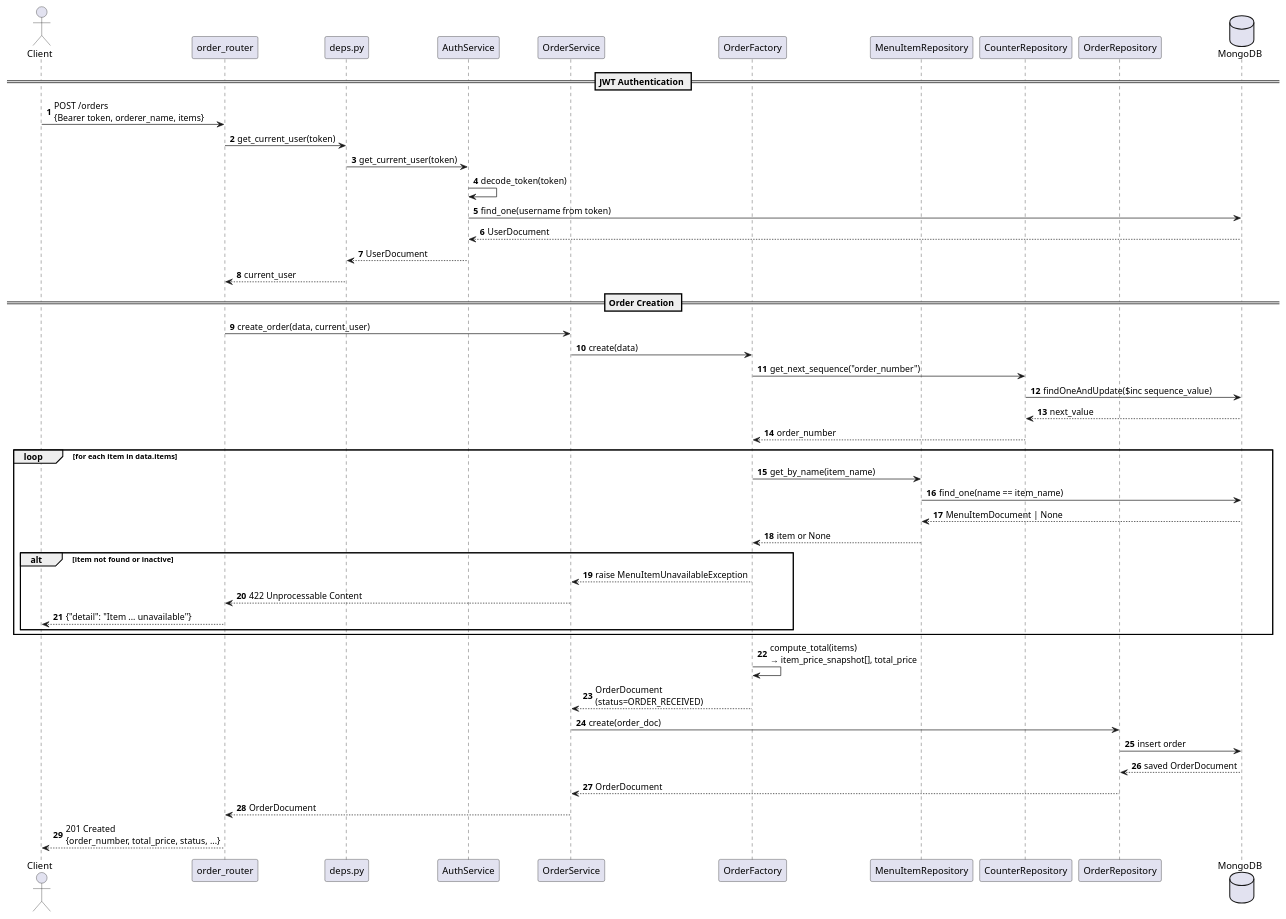
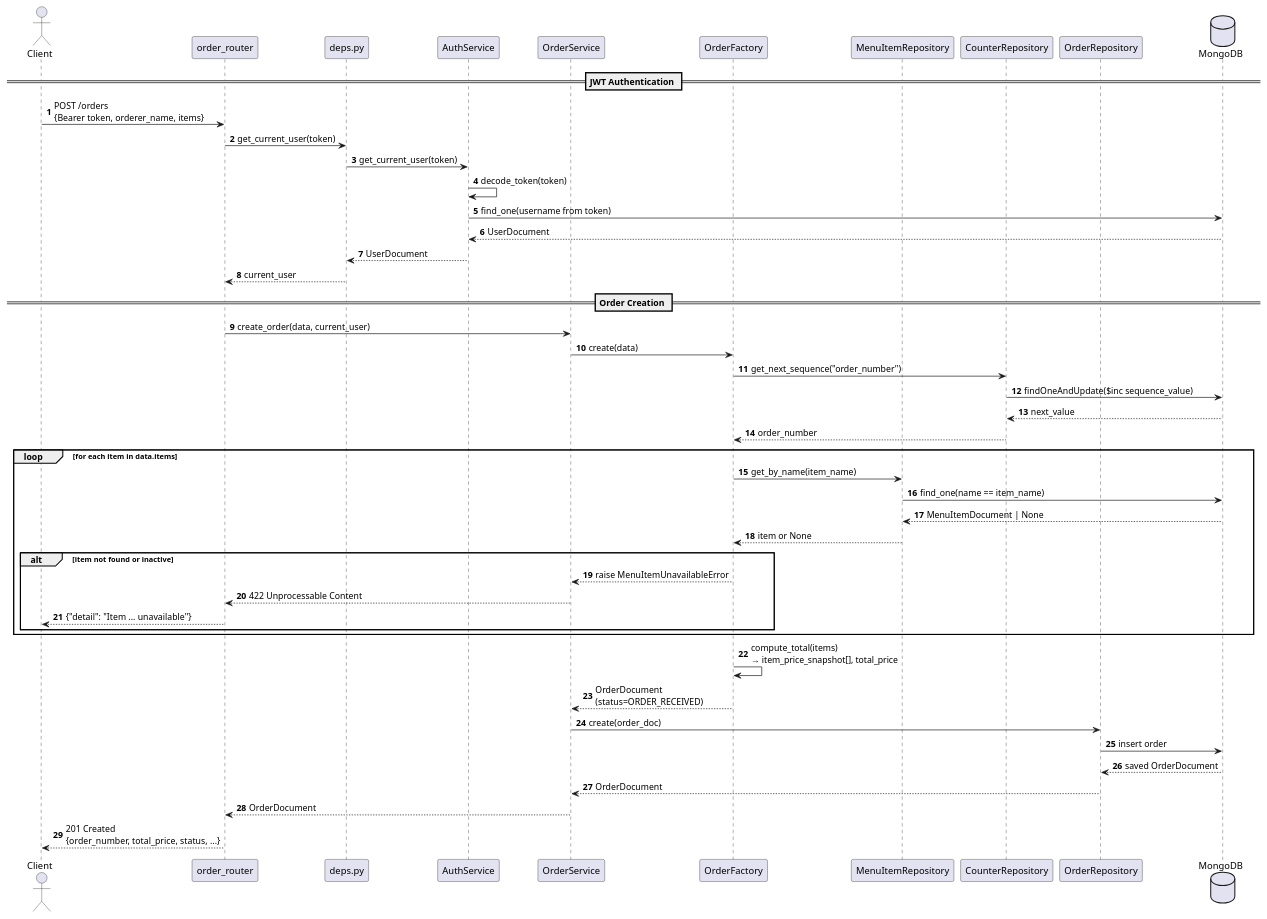
Before and after one commit to Picard1203/Crusty-Crab: the diagram in design_diagrams/pumls/order_sequence.puml, drawn with PlantUML. The commit also changed 39 other files, not shown here.

Commit message:
apply supervisor feedback: unroll if/else, consolidate order schemas, rename exceptions to Error suffix, add path property, strip enum docstring Attributes

```diff
--- a/design_diagrams/pumls/order_sequence.puml
+++ b/design_diagrams/pumls/order_sequence.puml
@@ -1,57 +1,57 @@
 @startuml Krusty Crab - Order Creation Sequence
 
 autonumber
 
 actor Client
 participant "order_router" as Router
 participant "deps.py" as Deps
 participant "AuthService" as Auth
 participant "OrderService" as Service
 participant "OrderFactory" as Factory
 participant "MenuItemRepository" as MenuRepo
 participant "CounterRepository" as Counter
 participant "OrderRepository" as OrderRepo
 database "MongoDB" as DB
 
 == JWT Authentication ==
 
 Client -> Router: POST /orders\n{Bearer token, orderer_name, items}
 Router -> Deps: get_current_user(token)
 Deps -> Auth: get_current_user(token)
 Auth -> Auth: decode_token(token)
 Auth -> DB: find_one(username from token)
 DB --> Auth: UserDocument
 Auth --> Deps: UserDocument
 Deps --> Router: current_user
 
 == Order Creation ==
 
 Router -> Service: create_order(data, current_user)
 Service -> Factory: create(data)
 Factory -> Counter: get_next_sequence("order_number")
 Counter -> DB: findOneAndUpdate($inc sequence_value)
 DB --> Counter: next_value
 Counter --> Factory: order_number
 
 loop for each item in data.items
     Factory -> MenuRepo: get_by_name(item_name)
     MenuRepo -> DB: find_one(name == item_name)
     DB --> MenuRepo: MenuItemDocument | None
     MenuRepo --> Factory: item or None
     alt item not found or inactive
-        Factory --> Service: raise MenuItemUnavailableException
+        Factory --> Service: raise MenuItemUnavailableError
         Service --> Router: 422 Unprocessable Content
         Router --> Client: {"detail": "Item ... unavailable"}
     end
 end
 
 Factory -> Factory: compute_total(items)\n→ item_price_snapshot[], total_price
 Factory --> Service: OrderDocument\n(status=ORDER_RECEIVED)
 Service -> OrderRepo: create(order_doc)
 OrderRepo -> DB: insert order
 DB --> OrderRepo: saved OrderDocument
 OrderRepo --> Service: OrderDocument
 Service --> Router: OrderDocument
 Router --> Client: 201 Created\n{order_number, total_price, status, ...}
 
 @enduml
```
